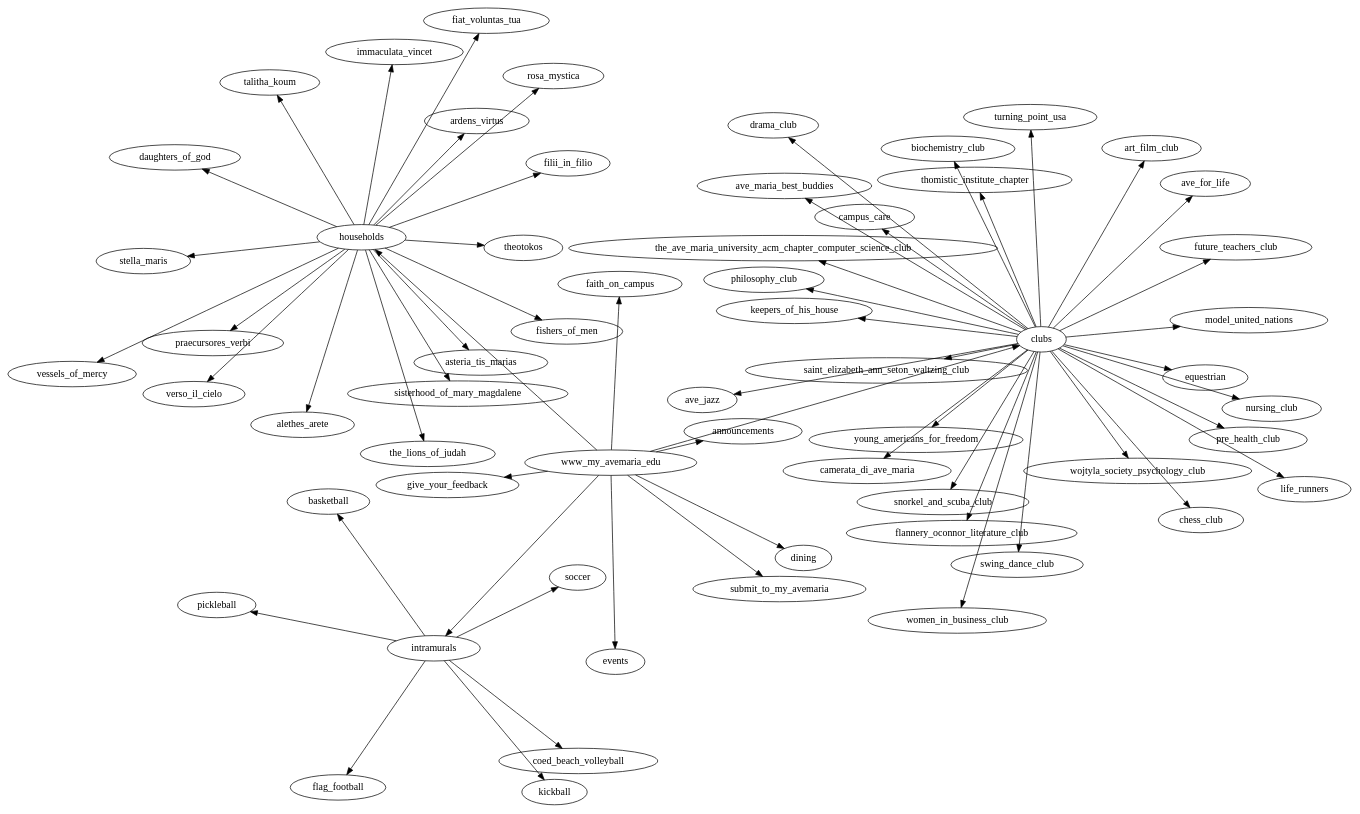
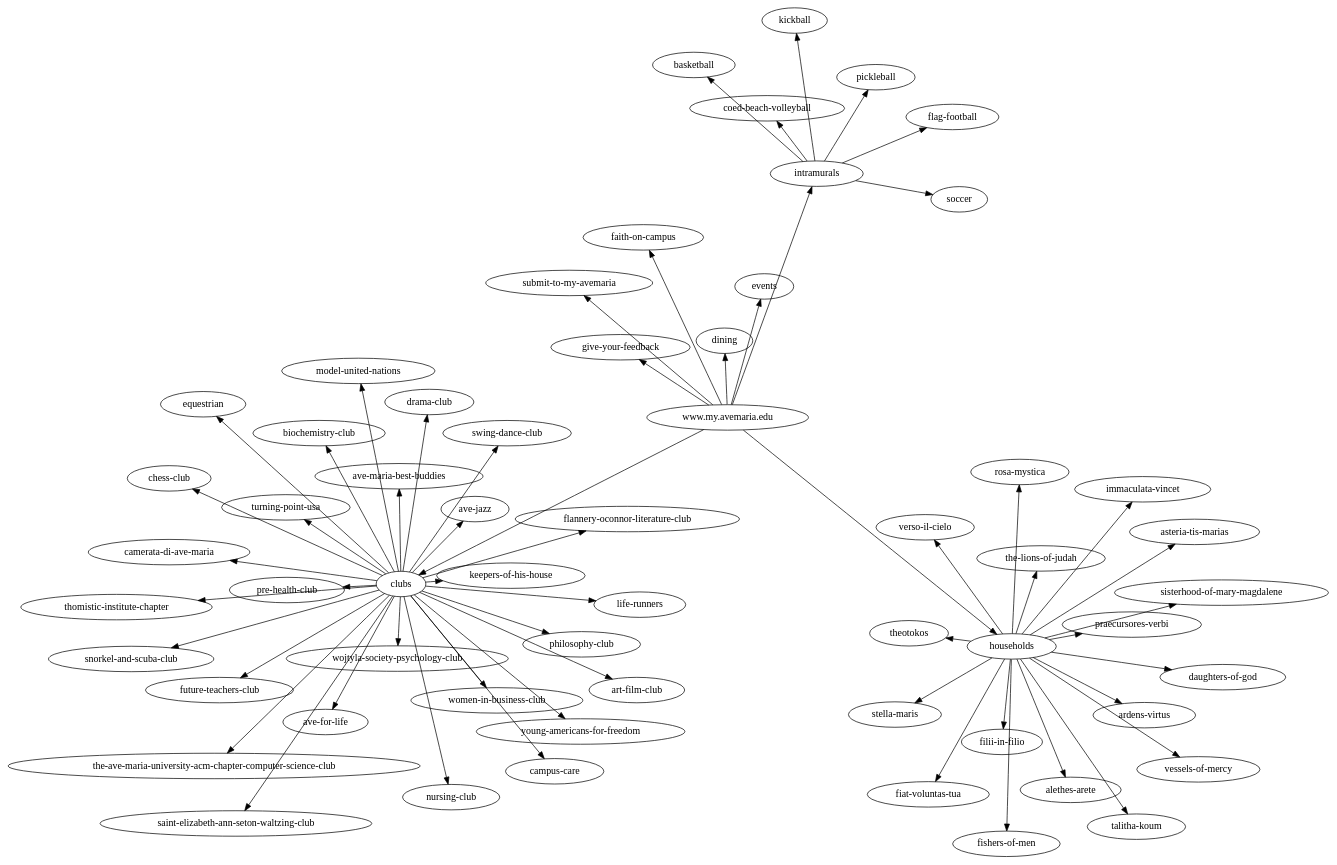
One commit to CBaier33/sitemap changed the diagram in example/myave.dot. Above: the diagram before and after it, drawn with Graphviz. The commit also changed 6 other files, not shown here.

```diff
--- a/example/myave.dot
+++ b/example/myave.dot
@@ -1,69 +1,68 @@
 digraph site {
 rankdir=LR;
 size=100
 layout=sfdp
 overlap=prism
-beautify=true
-smoothing=triangle
-quadtree=fast
+#beautify=true
+#smoothing=triangle
+#quadtree=fast
 pack=false
-www_my_avemaria_edu -> households;
-www_my_avemaria_edu -> clubs;
-www_my_avemaria_edu -> intramurals;
-www_my_avemaria_edu -> dining;
-www_my_avemaria_edu -> announcements;
-www_my_avemaria_edu -> faith_on_campus;
-www_my_avemaria_edu -> give_your_feedback;
-www_my_avemaria_edu -> events;
-www_my_avemaria_edu -> submit_to_my_avemaria;
-clubs -> nursing_club;
-clubs -> life_runners;
-clubs -> equestrian;
-clubs -> model_united_nations;
-clubs -> future_teachers_club;
-clubs -> ave_for_life;
-clubs -> art_film_club;
-clubs -> turning_point_usa;
-clubs -> biochemistry_club;
-clubs -> campus_care;
-clubs -> philosophy_club;
-clubs -> ave_maria_best_buddies;
-clubs -> thomistic_institute_chapter;
-clubs -> drama_club;
-clubs -> the_ave_maria_university_acm_chapter_computer_science_club;
-clubs -> keepers_of_his_house;
-clubs -> saint_elizabeth_ann_seton_waltzing_club;
-clubs -> camerata_di_ave_maria;
-clubs -> ave_jazz;
-clubs -> young_americans_for_freedom;
-clubs -> snorkel_and_scuba_club;
-clubs -> swing_dance_club;
-clubs -> women_in_business_club;
-clubs -> flannery_oconnor_literature_club;
-clubs -> chess_club;
-clubs -> wojtyla_society_psychology_club;
-clubs -> pre_health_club;
-intramurals -> coed_beach_volleyball;
-intramurals -> soccer;
-intramurals -> basketball;
-intramurals -> pickleball;
-intramurals -> flag_football;
-intramurals -> kickball;
-households -> sisterhood_of_mary_magdalene;
-households -> fishers_of_men;
-households -> theotokos;
-households -> filii_in_filio;
-households -> rosa_mystica;
-households -> fiat_voluntas_tua;
-households -> ardens_virtus;
-households -> immaculata_vincet;
-households -> talitha_koum;
-households -> daughters_of_god;
-households -> stella_maris;
-households -> praecursores_verbi;
-households -> vessels_of_mercy;
-households -> verso_il_cielo;
-households -> alethes_arete;
-households -> the_lions_of_judah;
-households -> asteria_tis_marias;
+"www.my.avemaria.edu" -> "clubs";
+"www.my.avemaria.edu" -> "households";
+"www.my.avemaria.edu" -> "intramurals";
+"www.my.avemaria.edu" -> "dining";
+"www.my.avemaria.edu" -> "faith-on-campus";
+"www.my.avemaria.edu" -> "events";
+"www.my.avemaria.edu" -> "give-your-feedback";
+"www.my.avemaria.edu" -> "submit-to-my-avemaria";
+"clubs" -> "flannery-oconnor-literature-club";
+"clubs" -> "ave-jazz";
+"clubs" -> "swing-dance-club";
+"clubs" -> "drama-club";
+"clubs" -> "chess-club";
+"clubs" -> "equestrian";
+"clubs" -> "model-united-nations";
+"clubs" -> "biochemistry-club";
+"clubs" -> "saint-elizabeth-ann-seton-waltzing-club";
+"clubs" -> "the-ave-maria-university-acm-chapter-computer-science-club";
+"clubs" -> "ave-for-life";
+"clubs" -> "nursing-club";
+"clubs" -> "camerata-di-ave-maria";
+"clubs" -> "thomistic-institute-chapter";
+"clubs" -> "snorkel-and-scuba-club";
+"clubs" -> "future-teachers-club";
+"clubs" -> "wojtyla-society-psychology-club";
+"clubs" -> "pre-health-club";
+"clubs" -> "ave-maria-best-buddies";
+"clubs" -> "turning-point-usa";
+"clubs" -> "keepers-of-his-house";
+"clubs" -> "young-americans-for-freedom";
+"clubs" -> "campus-care";
+"clubs" -> "women-in-business-club";
+"clubs" -> "life-runners";
+"clubs" -> "art-film-club";
+"clubs" -> "philosophy-club";
+"intramurals" -> "coed-beach-volleyball";
+"intramurals" -> "kickball";
+"intramurals" -> "basketball";
+"intramurals" -> "pickleball";
+"intramurals" -> "flag-football";
+"intramurals" -> "soccer";
+"households" -> "the-lions-of-judah";
+"households" -> "verso-il-cielo";
+"households" -> "immaculata-vincet";
+"households" -> "rosa-mystica";
+"households" -> "filii-in-filio";
+"households" -> "sisterhood-of-mary-magdalene";
+"households" -> "asteria-tis-marias";
+"households" -> "praecursores-verbi";
+"households" -> "talitha-koum";
+"households" -> "vessels-of-mercy";
+"households" -> "ardens-virtus";
+"households" -> "daughters-of-god";
+"households" -> "stella-maris";
+"households" -> "theotokos";
+"households" -> "alethes-arete";
+"households" -> "fishers-of-men";
+"households" -> "fiat-voluntas-tua";
 }
```
